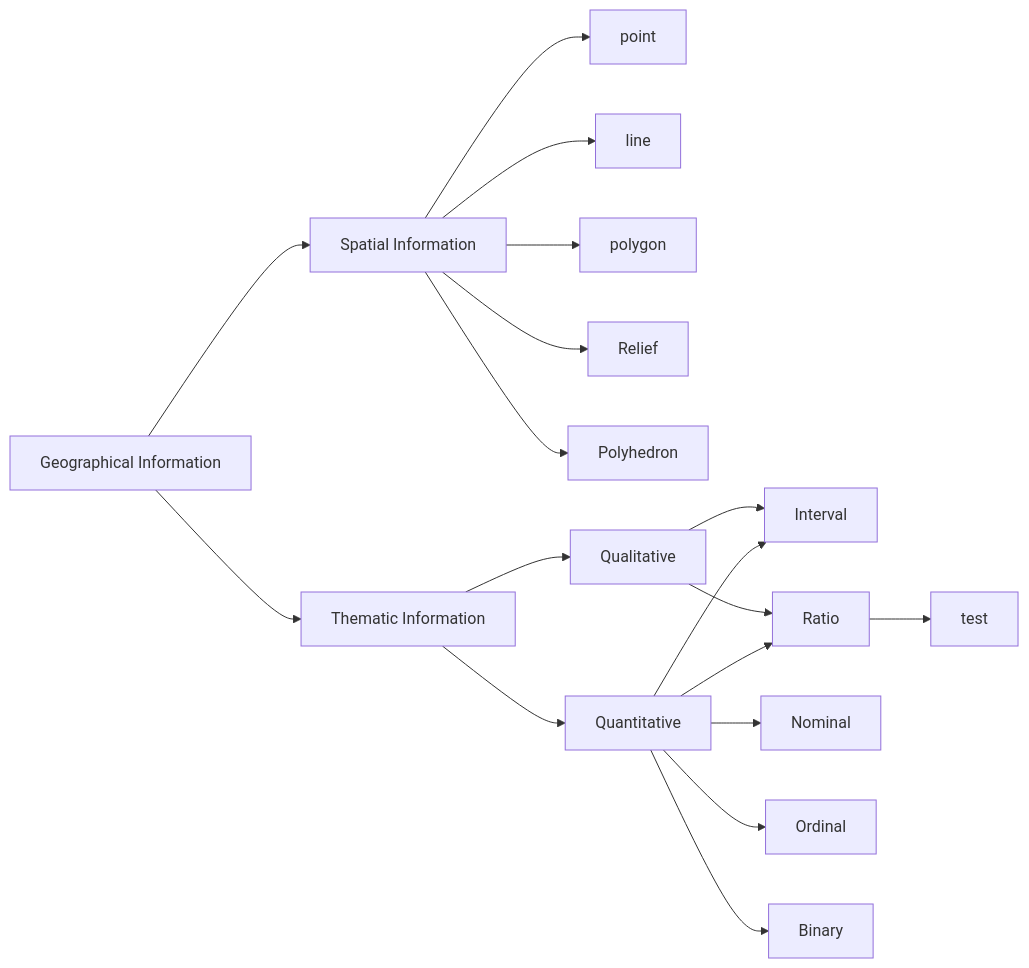
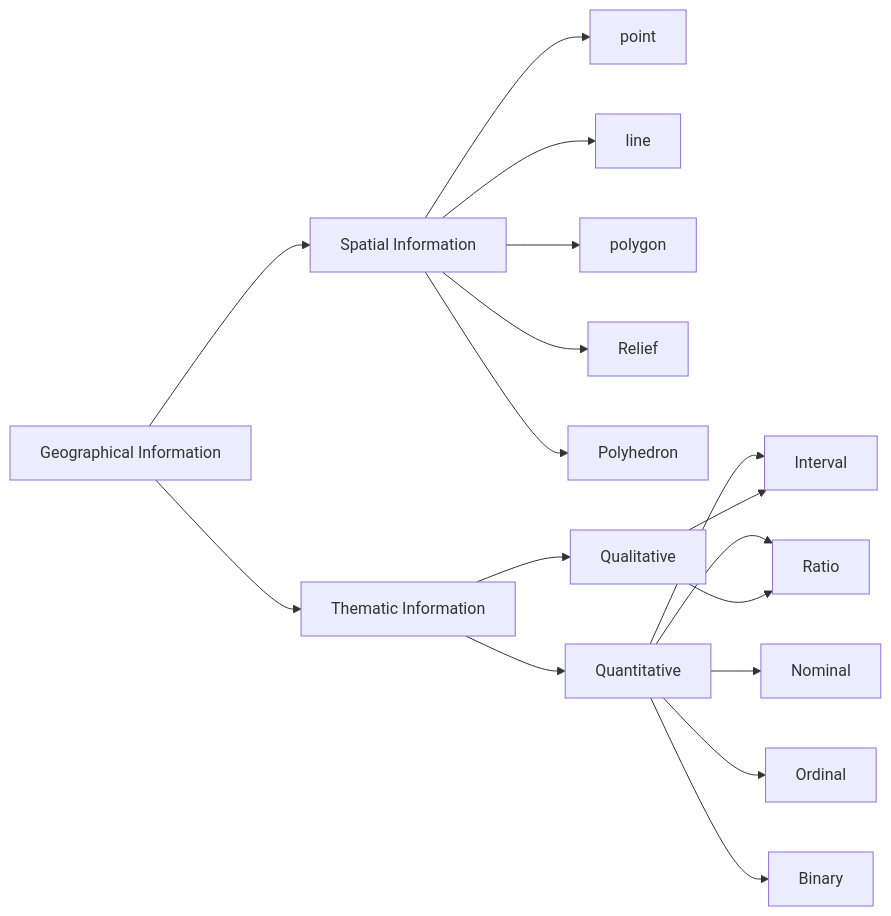
The diagram in notes/geodata_2402220212.md (Fro-Q/wiki), drawn with Mermaid before and after one commit. The commit also changed other lines of this file and 6 other files, not shown here.

````diff
--- a/notes/geodata_2402220212.md
+++ b/notes/geodata_2402220212.md
@@ -13,11 +13,9 @@
 ```mermaid
 graph LR
 gi[Geographical Information] --> si[Spatial Information] & ti[Thematic Information]
 
 si --> point & line & polygon & Relief & Polyhedron
 ti --> quan[Quantitative] & qual[Qualitative]
 quan --> Interval & Ratio & Nominal & Ordinal & Binary
 qual --> Interval & Ratio
-
-Ratio --> test
 ```
````
